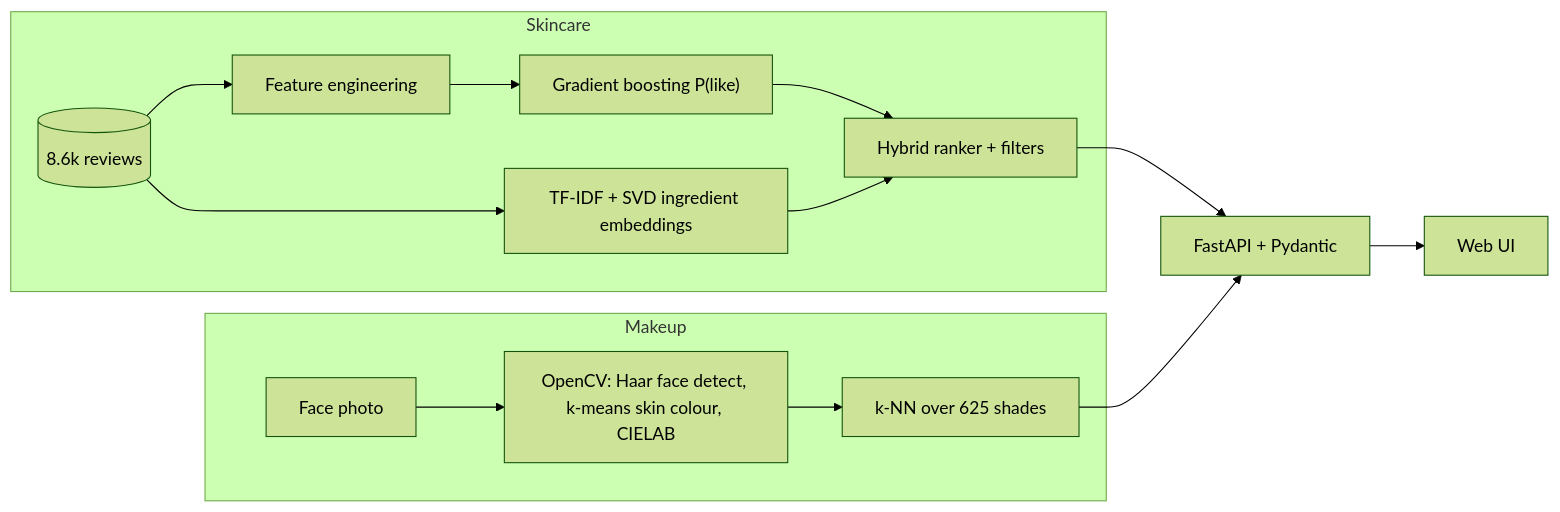
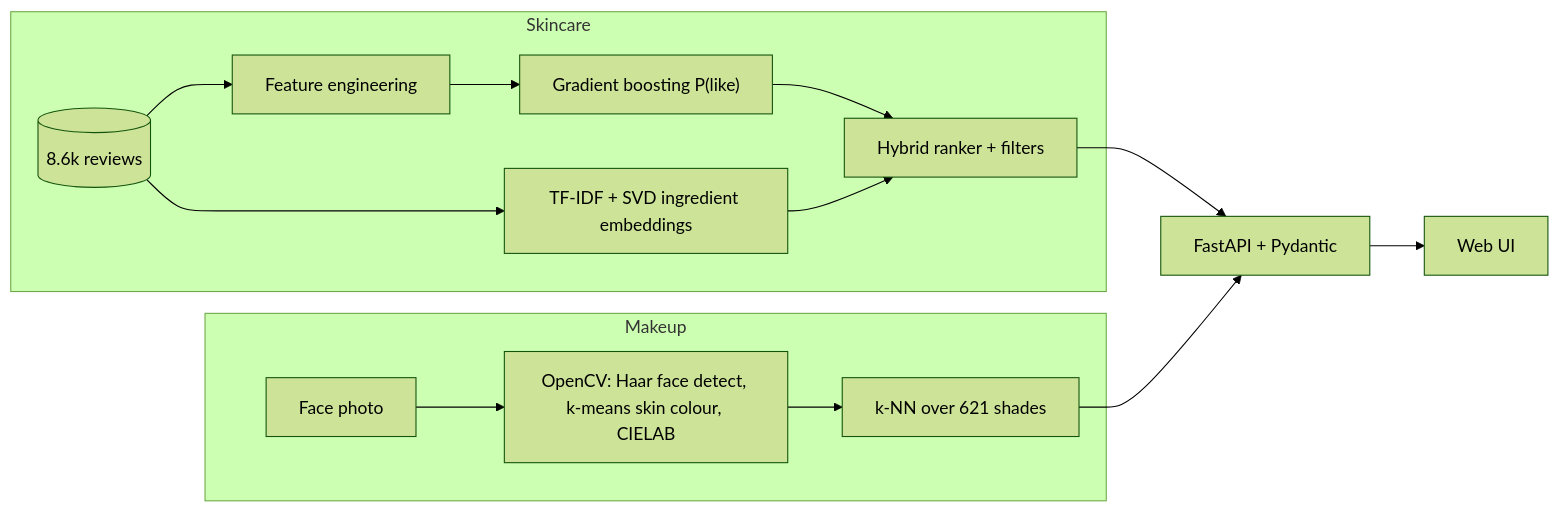
The diagram in README.md (kasmya/AI-Cosmetic-Reccomendation-System), drawn with Mermaid (forest theme) before and after one commit. The commit also changed other lines of this file and 1 other file, not shown here.

Commit message:
Minimal two-tab UI for both features
Skincare tab (filters, results with reasons) and Makeup tab (photo preview, measured
skin colour, swatch cards with match quality). Plain HTML/CSS/JS, no build step.
Fix shade count in README (621 unique shades).

````diff
--- a/README.md
+++ b/README.md
@@ -10,15 +10,15 @@
 ```mermaid
 flowchart LR
   subgraph Skincare
     R[(8.6k reviews)] --> F[Feature engineering] --> G[Gradient boosting P&lpar;like&rpar;]
     R --> T[TF-IDF + SVD ingredient embeddings]
     G --> H[Hybrid ranker + filters]
     T --> H
   end
   subgraph Makeup
-    P[Face photo] --> O[OpenCV: Haar face detect, k-means skin colour, CIELAB] --> K[k-NN over 625 shades]
+    P[Face photo] --> O[OpenCV: Haar face detect, k-means skin colour, CIELAB] --> K[k-NN over 621 shades]
   end
   H --> A[FastAPI + Pydantic]
   K --> A
   A --> W[Web UI]
 ```
````
